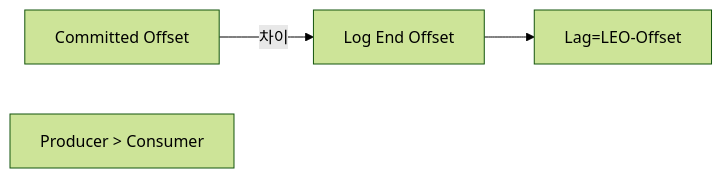
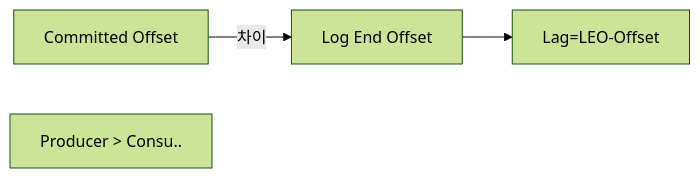
Before and after one commit to yjkim2015/yjkim2015.github.io: diagram 13 of 21 in _posts/kafka/2026-05-01-kafka-extreme-scenarios.md, drawn with Mermaid (forest theme). The commit also changed other lines of this file and 149 other files, not shown here.

First line of the commit message:
Mermaid 가독성 개선: 라벨 축약, 노드 축소, TD→LR 변환

````diff
--- a/_posts/kafka/2026-05-01-kafka-extreme-scenarios.md
+++ b/_posts/kafka/2026-05-01-kafka-extreme-scenarios.md
@@ -411,9 +406,9 @@
 ```mermaid
 graph LR
     LEO["Log End Offset"]
     CO["Committed Offset"]
     LAG["Lag=LEO-Offset"]
     CO -->|차이| LEO
     LEO --> LAG
-    NOTE["Producer > Consumer"]
+    NOTE["Producer > Consu.."]
 ```
````
